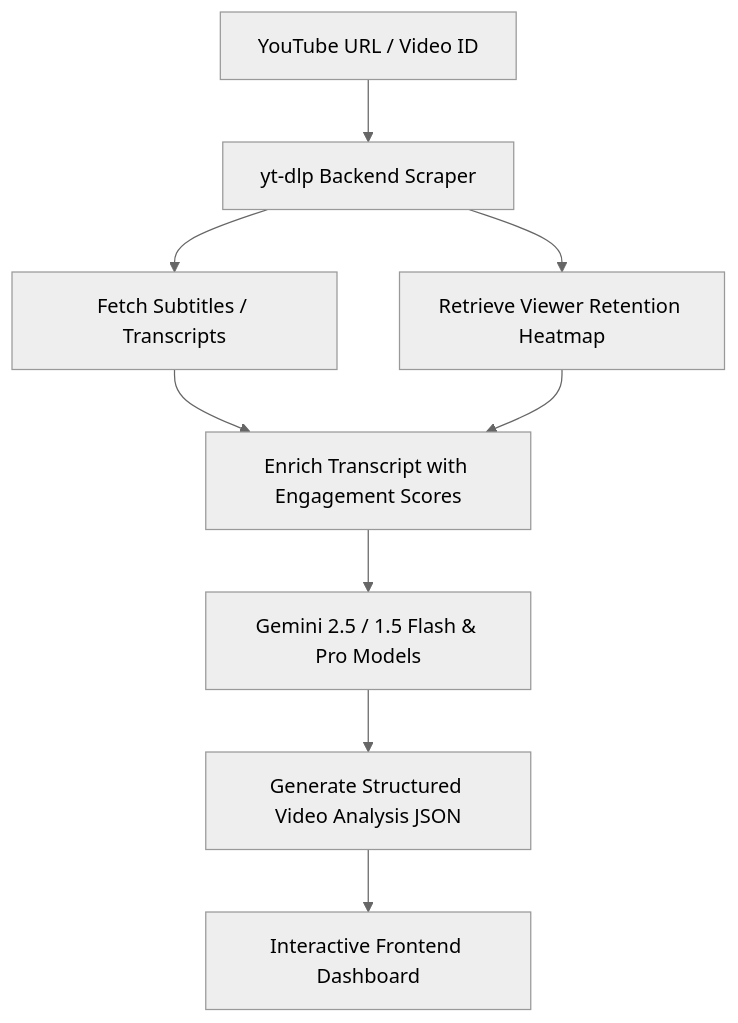
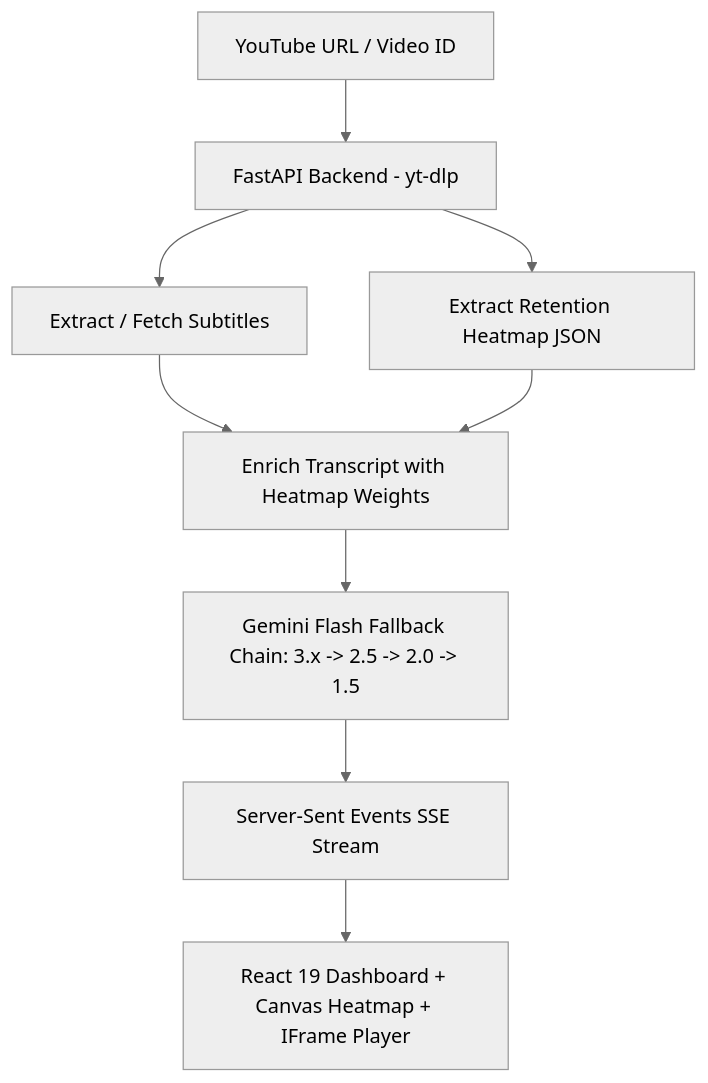
The diagram in README.md (galihjuansaputra/cheat-clip), drawn with Mermaid (neutral theme) before and after one commit. The commit also changed other lines of this file and 8 other files, not shown here.

````diff
--- a/README.md
+++ b/README.md
@@ -9,11 +220,11 @@
 ```mermaid
 graph TD
-    A[YouTube URL / Video ID] --> B[yt-dlp Backend Scraper]
-    B --> C[Retrieve Viewer Retention Heatmap]
-    B --> D[Fetch Subtitles / Transcripts]
-    D --> E[Enrich Transcript with Engagement Scores]
+    A[YouTube URL / Video ID] --> B[FastAPI Backend - yt-dlp]
+    B --> C[Extract Retention Heatmap JSON]
+    B --> D[Extract / Fetch Subtitles]
+    D --> E[Enrich Transcript with Heatmap Weights]
     C --> E
-    E --> F[Gemini 2.5 / 1.5 Flash & Pro Models]
-    F --> G[Generate Structured Video Analysis JSON]
-    G --> H[Interactive Frontend Dashboard]
+    E --> F[Gemini Flash Fallback Chain: 3.x -> 2.5 -> 2.0 -> 1.5]
+    F --> G[Server-Sent Events SSE Stream]
+    G --> H[React 19 Dashboard + Canvas Heatmap + IFrame Player]
 ```
````
